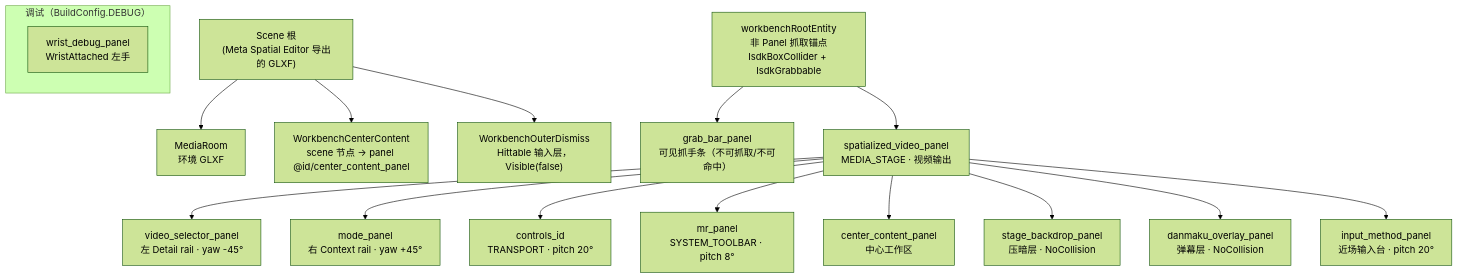
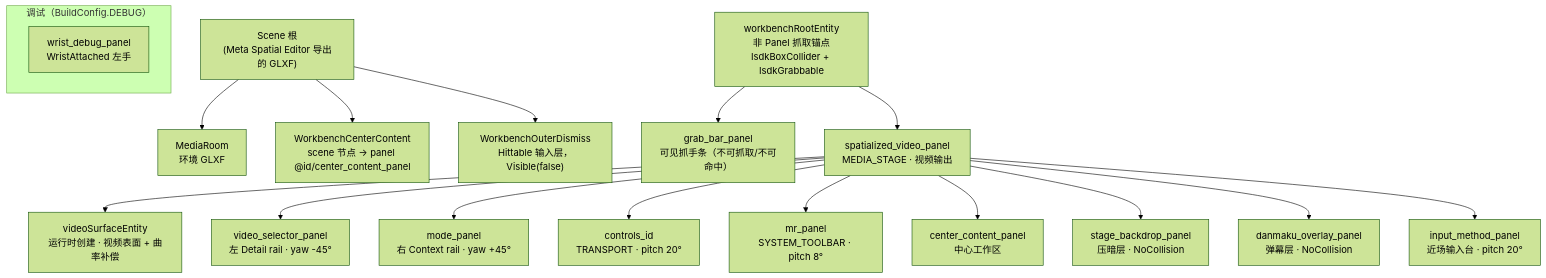
The first of 4 diagrams in docs/ui-structure-and-terminology.md (Powdered-Delta/viriviri), drawn with Mermaid (forest theme) before and after one commit. The commit also changed other lines of this file and 16 other files, not shown here.

First line of the commit message:
fix(immersive): shared stage curvature, geometric stage input, non-blocking video layer

````diff
--- a/docs/ui-structure-and-terminology.md
+++ b/docs/ui-structure-and-terminology.md
@@ -75,24 +75,25 @@
 ```mermaid
 graph TD
     Scene["Scene 根<br/>(Meta Spatial Editor 导出的 GLXF)"]
     Scene --> MediaRoom["MediaRoom<br/>环境 GLXF"]
     Scene --> CenterAuthored["WorkbenchCenterContent<br/>scene 节点 → panel @id/center_content_panel"]
     Scene --> OuterDismiss["WorkbenchOuterDismiss<br/>Hittable 输入层，Visible(false)"]
 
     Root["workbenchRootEntity<br/>非 Panel 抓取锚点<br/>IsdkBoxCollider + IsdkGrabbable"]
     Root --> GrabBar["grab_bar_panel<br/>可见抓手条（不可抓取/不可命中）"]
     Root --> Stage["spatialized_video_panel<br/>MEDIA_STAGE · 视频输出"]
 
+    Stage --> Surface["videoSurfaceEntity<br/>运行时创建 · 视频表面 + 曲率补偿"]
     Stage --> LeftRail["video_selector_panel<br/>左 Detail rail · yaw -45°"]
     Stage --> RightRail["mode_panel<br/>右 Context rail · yaw +45°"]
     Stage --> Transport["controls_id<br/>TRANSPORT · pitch 20°"]
     Stage --> Nav["mr_panel<br/>SYSTEM_TOOLBAR · pitch 8°"]
     Stage --> Center["center_content_panel<br/>中心工作区"]
     Stage --> Backdrop["stage_backdrop_panel<br/>压暗层 · NoCollision"]
     Stage --> Danmaku["danmaku_overlay_panel<br/>弹幕层 · NoCollision"]
     Stage --> Ime["input_method_panel<br/>近场输入台 · pitch 20°"]
 
     subgraph Wrist["调试（BuildConfig.DEBUG）"]
         WristPanel["wrist_debug_panel<br/>WristAttached 左手"]
     end
 ```
````
